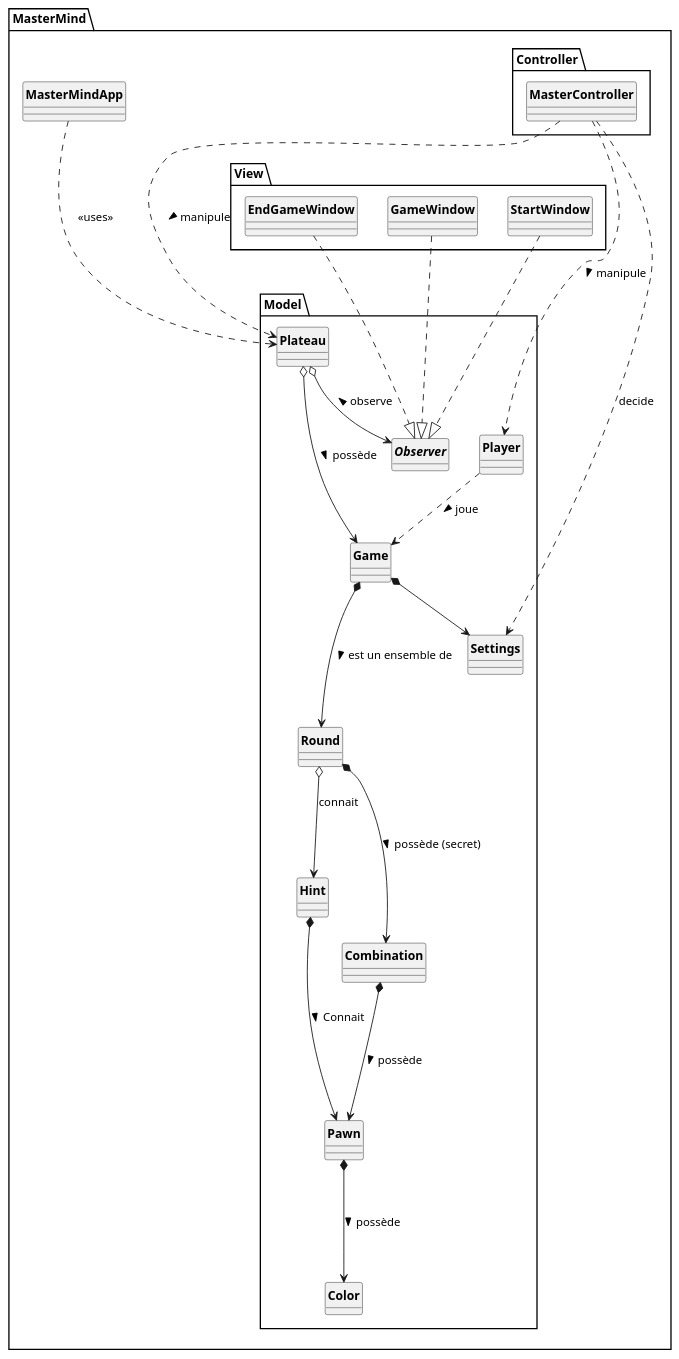
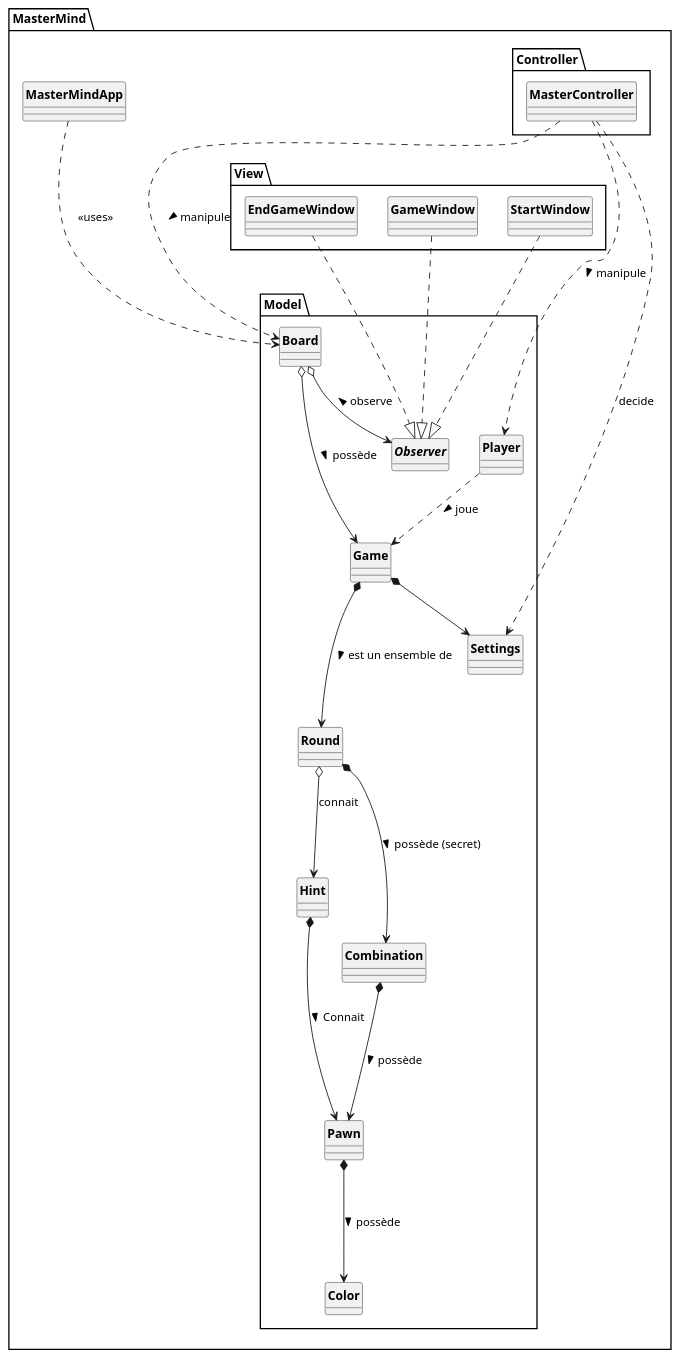
The diagram in MasterMind/src/UML/MasterMind_2.puml (dbrunstein/a31-mastermind-java), drawn with PlantUML before and after one commit. The commit also changed 7 other files, not shown here.

```diff
--- a/MasterMind/src/UML/MasterMind_2.puml
+++ b/MasterMind/src/UML/MasterMind_2.puml
@@ -1,72 +1,72 @@
 @startuml
 'https://plantuml.com/class-diagram
 skinparam style strictuml
 skinparam classAttributeIconSize 0
 skinparam classFontStyle Bold
 hide enum methods
 hide interface attributes
 
 package MasterMind{
     class MasterMindApp{
     }
         package Controller{
             class MasterController{
             }
         }
         package Model {
-            class Plateau{
+            class Board{
             }
             class Pawn{
             }
             enum Color{
             }
             class Hint{
             }
             interface Observer{
             }
             class Round{
             }
             class Game{
             }
             class Combination{
             }
             class Player{
             }
             class Settings{
             }
         }
         package View {
             class GameWindow {
             }
             class StartWindow{
             }
             class EndGameWindow{
             }
         }
 }
 
 'Base pas ouf mais c'est un début'
 '####VUES####'
 GameWindow ...|> Observer
 StartWindow ...|> Observer
 EndGameWindow ...|> Observer
 '####MODEL####'
 Combination *---> Pawn : > possède
 Pawn *---> Color : > possède
 Game *---> Round : > est un ensemble de
 Hint *--> Pawn : > Connait
-Plateau o--> Observer : < observe
+Board o--> Observer : < observe
 Round *---> Combination : > possède (secret)
-Plateau o---> Game : > possède
+Board o---> Game : > possède
 Game *--> Settings
 Player ..> Game : > joue
 Round o--> Hint : connait
 MasterController ...> Settings : decide
 'a revoir'
 
 '####CONTROLLER####'
-MasterController ...> Plateau : > manipule
+MasterController ...> Board : > manipule
 MasterController ...> Player : > manipule
 '####MAIN####'
-MasterMindApp ...> Plateau : <<uses>>
+MasterMindApp ...> Board : <<uses>>
 @enduml
```
